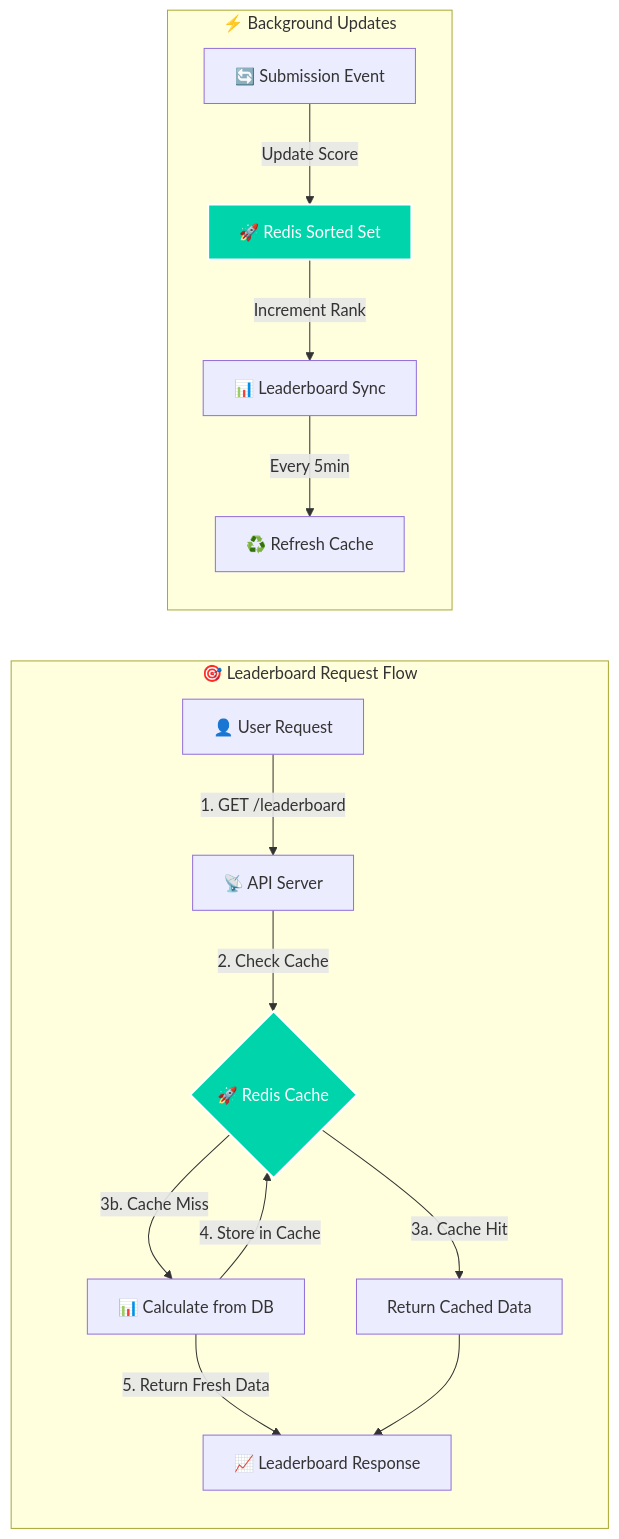
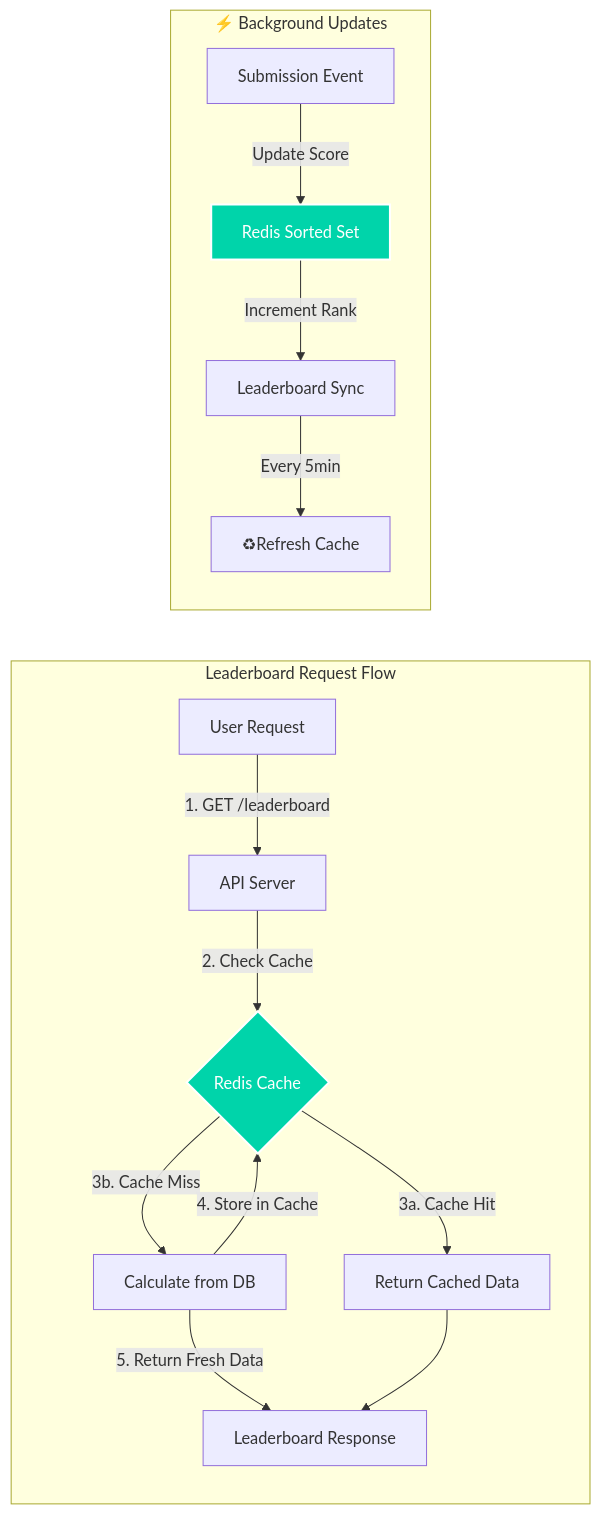
The fifth of 6 diagrams in Design Leetcode Platform.md (hemanth1999k/Product-Architecture), drawn with Mermaid before and after one commit. The commit also changed other lines of this file, not shown here.

````diff
--- a/Design Leetcode Platform.md
+++ b/Design Leetcode Platform.md
@@ -285,21 +285,21 @@
 ```mermaid
 flowchart LR
-    subgraph "🎯 Leaderboard Request Flow"
-        A[👤 User Request] -->|1. GET /leaderboard| B[📡 API Server]
-        B -->|2. Check Cache| C{🚀 Redis Cache}
+    subgraph "Leaderboard Request Flow"
+        A[User Request] -->|1. GET /leaderboard| B[API Server]
+        B -->|2. Check Cache| C{Redis Cache}
         C -->|3a. Cache Hit| D[Return Cached Data]
-        C -->|3b. Cache Miss| E[📊 Calculate from DB]
+        C -->|3b. Cache Miss| E[Calculate from DB]
         E -->|4. Store in Cache| C
-        E -->|5. Return Fresh Data| F[📈 Leaderboard Response]
+        E -->|5. Return Fresh Data| F[Leaderboard Response]
         D --> F
     end
     
     subgraph "⚡ Background Updates"
-        G[🔄 Submission Event] -->|Update Score| H[🚀 Redis Sorted Set]
-        H -->|Increment Rank| I[📊 Leaderboard Sync]
-        I -->|Every 5min| J[♻️ Refresh Cache]
+        G[Submission Event] -->|Update Score| H[Redis Sorted Set]
+        H -->|Increment Rank| I[Leaderboard Sync]
+        I -->|Every 5min| J[♻Refresh Cache]
     end
     
     style C fill:#00d4aa,stroke:#ffffff,stroke-width:2px,color:#ffffff
     style H fill:#00d4aa,stroke:#ffffff,stroke-width:2px,color:#ffffff
 ```
````
